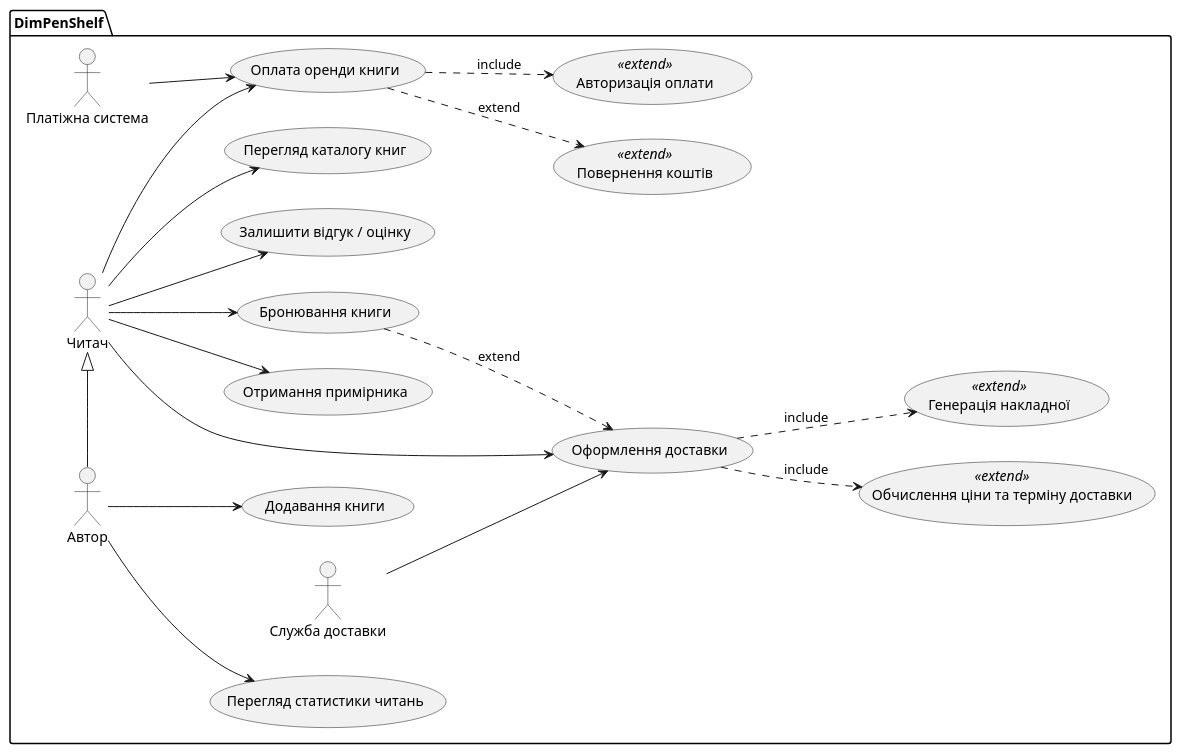
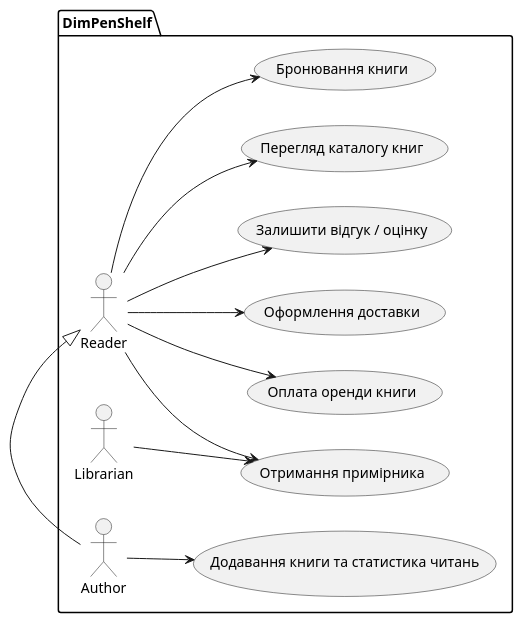
One commit to dimpennn/KPI-2 changed the diagram in Lab2/use-case-diagram.puml. Above: the diagram before and after it, drawn with PlantUML. The commit also changed 5 other files, not shown here.

```diff
--- a/Lab2/use-case-diagram.puml
+++ b/Lab2/use-case-diagram.puml
@@ -1,56 +1,38 @@
 @startuml
 skinparam monochrome true
 skinparam shadowing false
 left to right direction
 
 package "DimPenShelf" {
 
-  actor "Читач" as Reader
-  actor "Автор" as Author
-  actor "Служба доставки" as Delivery
-  actor "Платіжна система" as Payment
+  actor "Reader" as Reader
+  actor "Author" as Author
+  actor "Librarian" as Librarian
 
-  ''' Author успадковує всі права та можливості Читача '''
+  ''' Author успадковує всі права Читача '''
   Author -|> Reader
 
   usecase "Перегляд каталогу книг" as UC1
   usecase "Бронювання книги" as UC2
   usecase "Оплата оренди книги" as UC3
   usecase "Оформлення доставки" as UC4
   usecase "Отримання примірника" as UC5
   usecase "Залишити відгук / оцінку" as UC6
-  usecase "Додавання книги" as UC7
-  usecase "Перегляд статистики читань" as UC8
+  usecase "Додавання книги та статистика читань" as UC7
 
-  usecase "Авторизація оплати" as ExtPayAuth <<extend>>
-  usecase "Повернення коштів" as ExtPayRefund <<extend>>
-  usecase "Обчислення ціни та терміну доставки" as ExtDelCalc <<extend>>
-  usecase "Генерація накладної" as ExtDelInvoice <<extend>>
-
-  ''' Базові прецеденти Читача '''
+  ''' Читач '''
   Reader --> UC1
   Reader --> UC2
   Reader --> UC3
   Reader --> UC4
   Reader --> UC5
   Reader --> UC6
 
-  ''' Прецеденти Autorа '''
+  ''' Автор '''
   Author --> UC7
-  Author --> UC8
 
-  ''' Взовнішні системи '''
-  Payment --> UC3
-  Delivery --> UC4
-
-  ''' Include — обов'язкові підпроцеси '''
-  UC3 ..> ExtPayAuth : include
-  UC4 ..> ExtDelCalc : include
-  UC4 ..> ExtDelInvoice : include
-
-  ''' Extend — додаткова / умовна поведінка '''
-  UC3 ..> ExtPayRefund : extend
-  UC2 ..> UC4 : extend
+  ''' Бібліотекар видає примірник '''
+  Librarian --> UC5
 }
 
 @enduml
```
